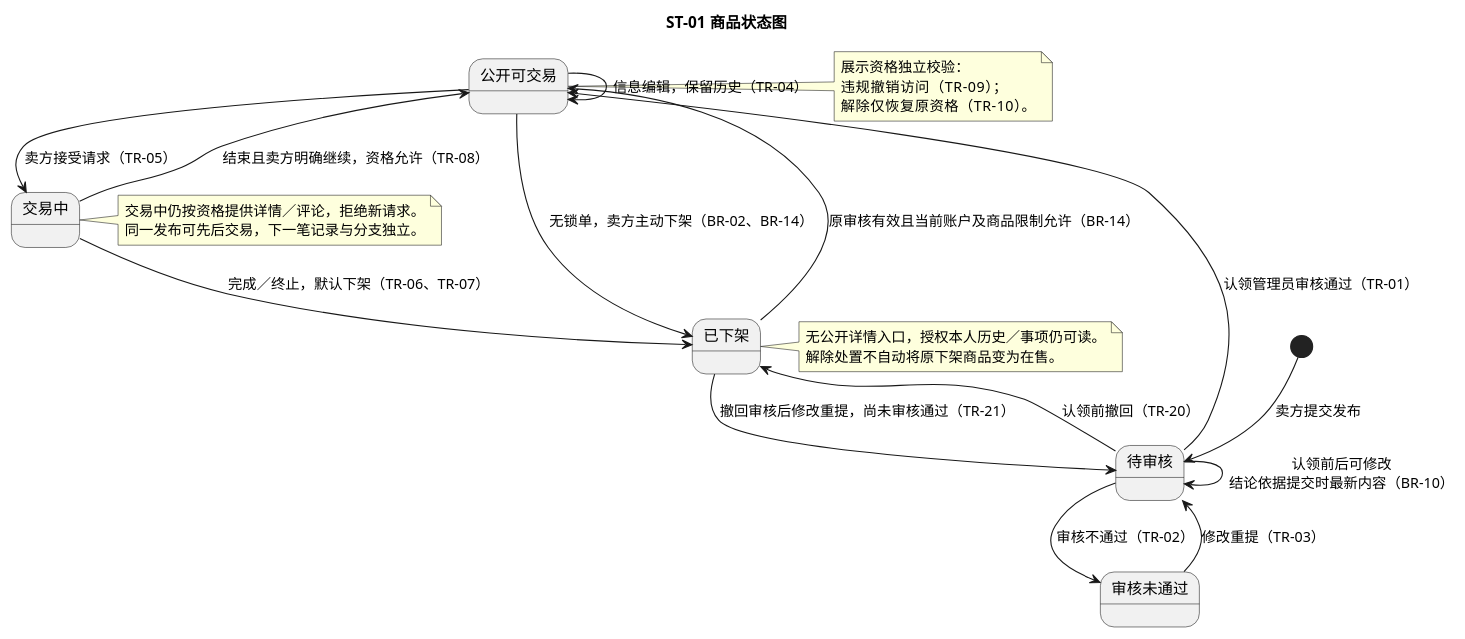
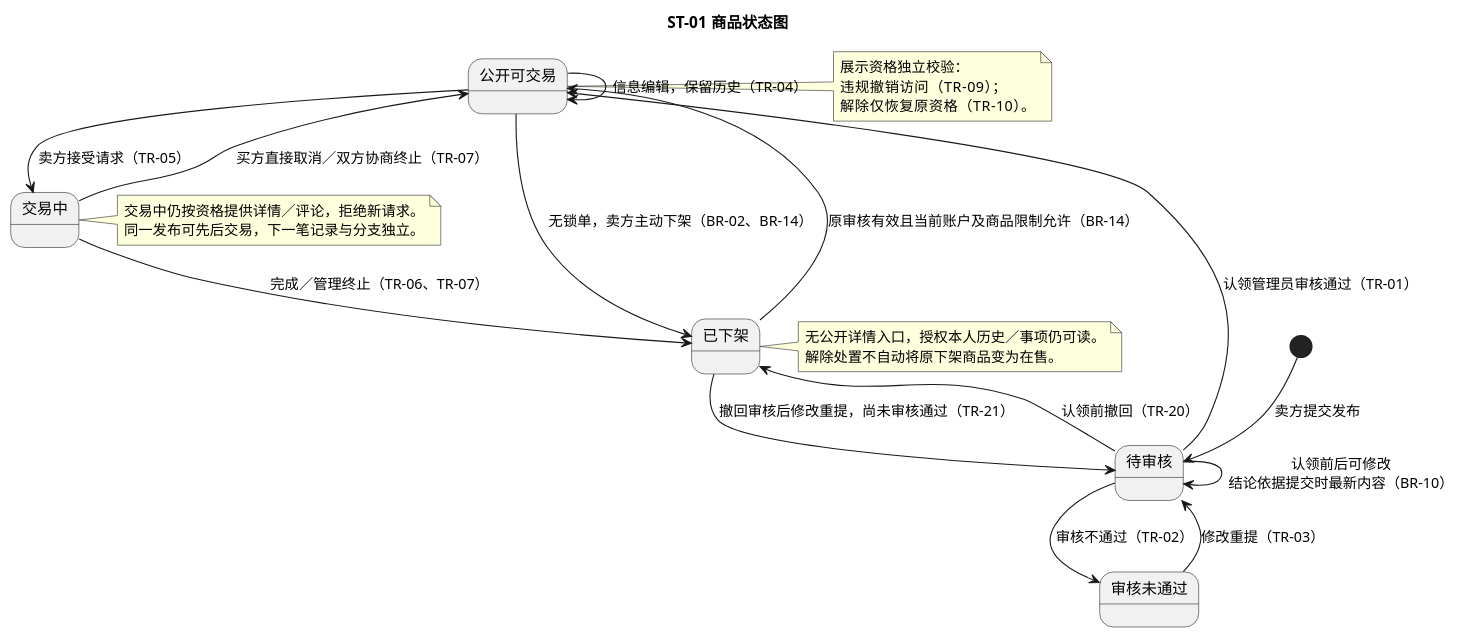
The diagram in docs/appendices/models/ST-01-商品状态图.puml (iy88/se-course-project-1), drawn with PlantUML before and after one commit. The commit also changed 110 other files, not shown here.

```diff
--- a/docs/appendices/models/ST-01-商品状态图.puml
+++ b/docs/appendices/models/ST-01-商品状态图.puml
@@ -5,40 +5,40 @@
 @startuml
 skinparam defaultFontName "PingFang SC"
 skinparam shadowing false
 skinparam classAttributeIconSize 0
 skinparam nodesep 35
 skinparam ranksep 45
 hide empty members
 title ST-01 商品状态图
 state "待审核" as Pending
 state "审核未通过" as Rejected
 state "公开可交易" as Public
 state "交易中" as InTrade
 state "已下架" as OffShelf
 [*] --> Pending : 卖方提交发布
 Pending --> Public : 认领管理员审核通过（TR-01）
 Pending --> Rejected : 审核不通过（TR-02）
 Rejected --> Pending : 修改重提（TR-03）
 Pending --> Pending : 认领前后可修改\n结论依据提交时最新内容（BR-10）
 Pending --> OffShelf : 认领前撤回（TR-20）
 OffShelf --> Pending : 撤回审核后修改重提，尚未审核通过（TR-21）
 Public --> Public : 信息编辑，保留历史（TR-04）
 Public --> InTrade : 卖方接受请求（TR-05）
-InTrade --> OffShelf : 完成／终止，默认下架（TR-06、TR-07）
-InTrade --> Public : 结束且卖方明确继续，资格允许（TR-08）
+InTrade --> OffShelf : 完成／管理终止（TR-06、TR-07）
+InTrade --> Public : 买方直接取消／双方协商终止（TR-07）
 Public --> OffShelf : 无锁单，卖方主动下架（BR-02、BR-14）
 OffShelf --> Public : 原审核有效且当前账户及商品限制允许（BR-14）
 note right of Public
 展示资格独立校验：
 违规撤销访问（TR-09）；
 解除仅恢复原资格（TR-10）。
 end note
 note right of InTrade
 交易中仍按资格提供详情／评论，拒绝新请求。
 同一发布可先后交易，下一笔记录与分支独立。
 end note
 note right of OffShelf
 无公开详情入口，授权本人历史／事项仍可读。
 解除处置不自动将原下架商品变为在售。
 end note
 @enduml
```
